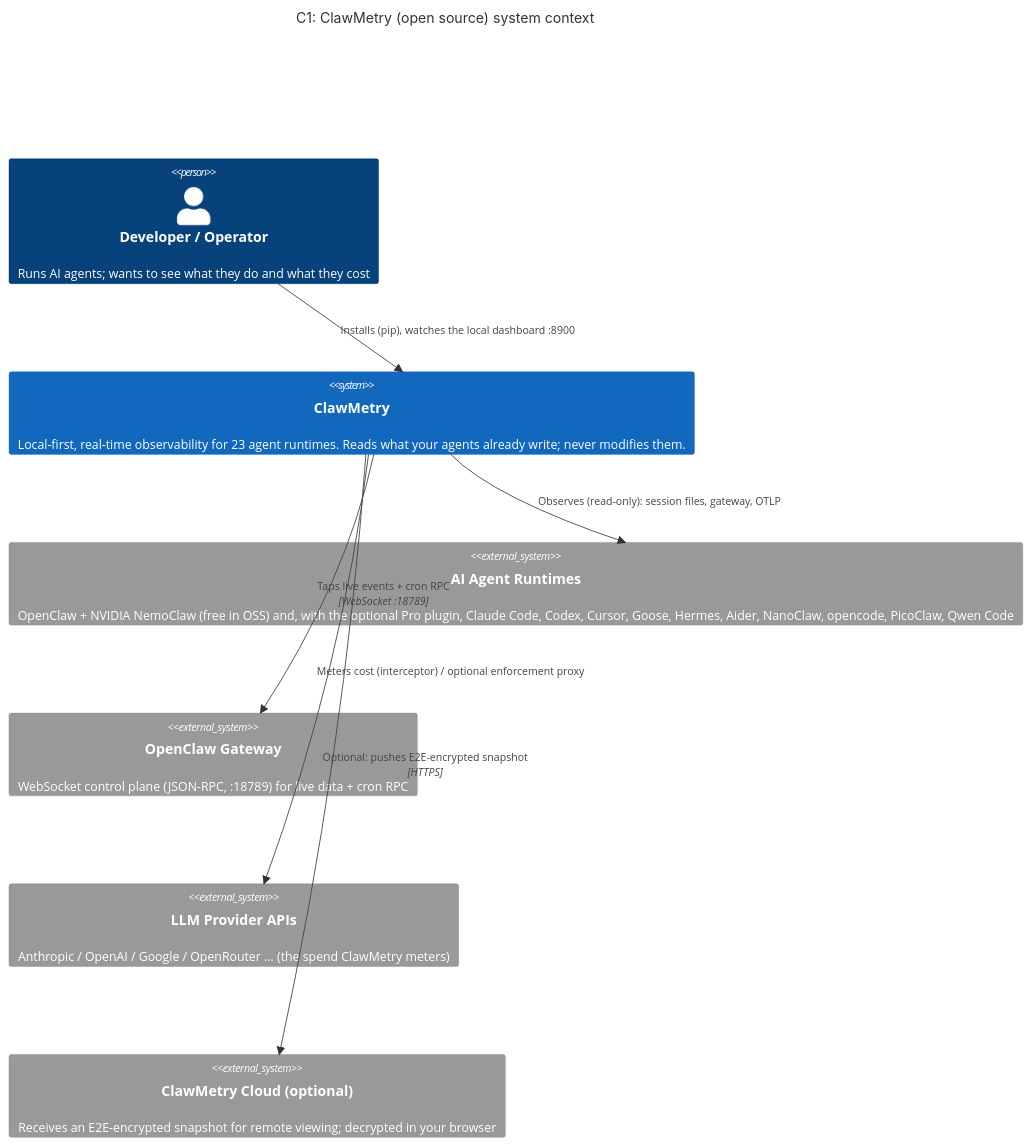
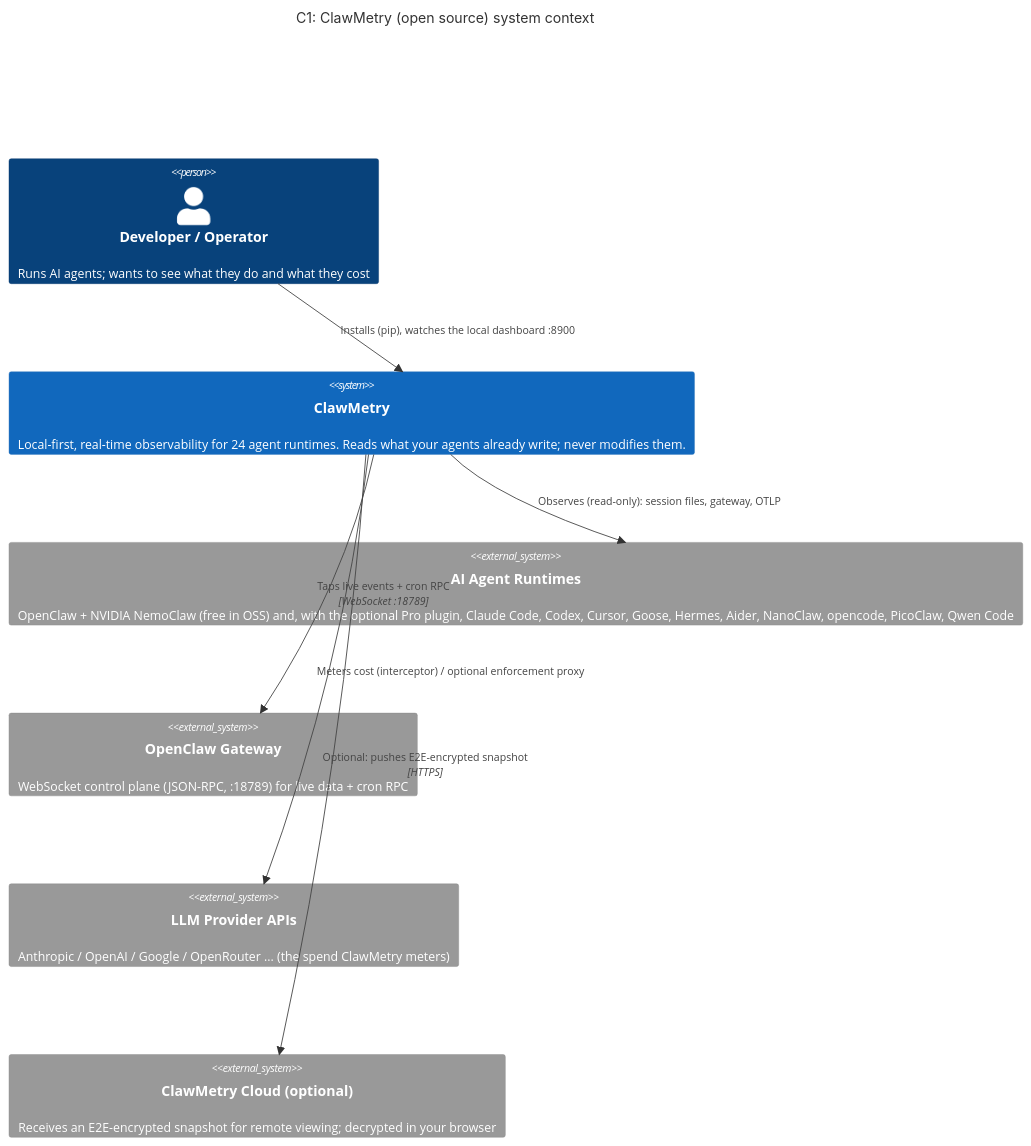
One commit to vivekchand/clawmetry changed the first of 2 diagrams in ARCHITECTURE.md. Above: the diagram before and after it, drawn with Mermaid. The commit also changed 21 other files, not shown here.

````diff
--- a/ARCHITECTURE.md
+++ b/ARCHITECTURE.md
@@ -37,18 +37,18 @@
 ```mermaid
 C4Context
 title C1: ClawMetry (open source) system context
 
 Person(dev, "Developer / Operator", "Runs AI agents; wants to see what they do and what they cost")
-System(clawmetry, "ClawMetry", "Local-first, real-time observability for 23 agent runtimes. Reads what your agents already write; never modifies them.")
+System(clawmetry, "ClawMetry", "Local-first, real-time observability for 24 agent runtimes. Reads what your agents already write; never modifies them.")
 
 System_Ext(runtimes, "AI Agent Runtimes", "OpenClaw + NVIDIA NemoClaw (free in OSS) and, with the optional Pro plugin, Claude Code, Codex, Cursor, Goose, Hermes, Aider, NanoClaw, opencode, PicoClaw, Qwen Code")
 System_Ext(gateway, "OpenClaw Gateway", "WebSocket control plane (JSON-RPC, :18789) for live data + cron RPC")
 System_Ext(llm, "LLM Provider APIs", "Anthropic / OpenAI / Google / OpenRouter ... (the spend ClawMetry meters)")
 System_Ext(cloud, "ClawMetry Cloud (optional)", "Receives an E2E-encrypted snapshot for remote viewing; decrypted in your browser")
 
 Rel(dev, clawmetry, "Installs (pip), watches the local dashboard :8900")
 Rel(clawmetry, runtimes, "Observes (read-only): session files, gateway, OTLP")
 Rel(clawmetry, gateway, "Taps live events + cron RPC", "WebSocket :18789")
 Rel(clawmetry, llm, "Meters cost (interceptor) / optional enforcement proxy")
 Rel(clawmetry, cloud, "Optional: pushes E2E-encrypted snapshot", "HTTPS")
 ```
````
